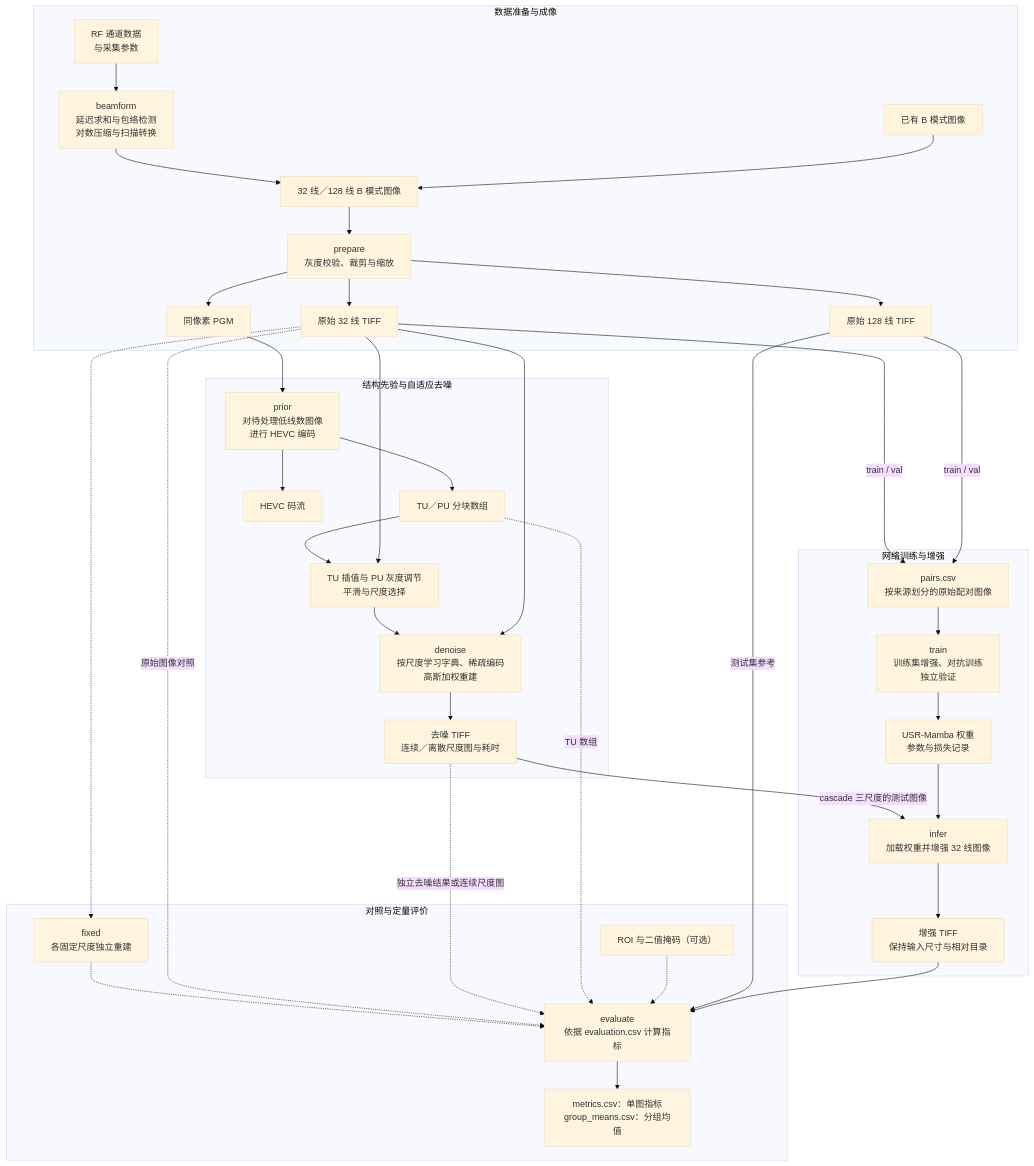
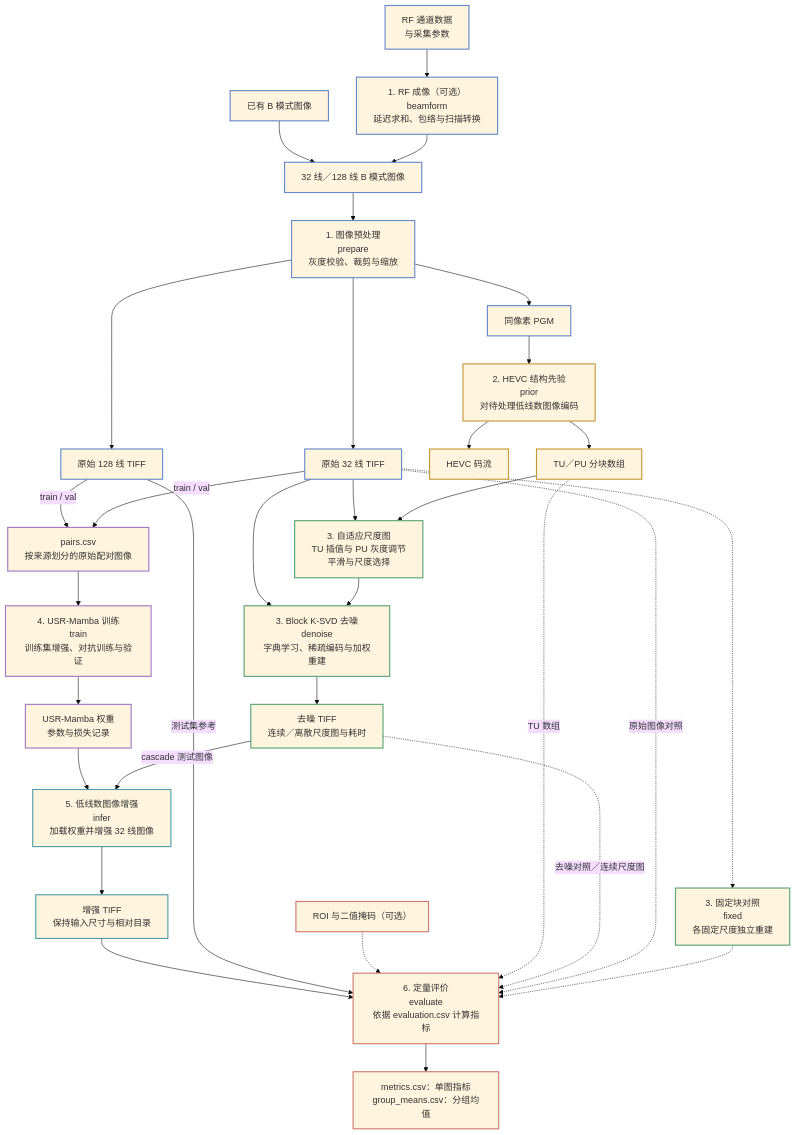
Before and after one commit to LumaVistaLab/hevc-ksvd-mamba-for-ultrasound: the first of 7 diagrams in README.md, drawn with Mermaid (base theme). The commit also changed other lines of this file and 1 other file, not shown here.

Commit message:
fix flowcharts

````diff
--- a/README.md
+++ b/README.md
@@ -11,45 +11,51 @@
 ```mermaid
 flowchart TD
-    subgraph data [数据准备与成像]
-        RF["RF 通道数据<br/>与采集参数"] --> BF["beamform<br/>延迟求和与包络检测<br/>对数压缩与扫描转换"]
-        BF --> BM["32 线／128 线 B 模式图像"]
-        Existing["已有 B 模式图像"] --> BM
-        BM --> Prep["prepare<br/>灰度校验、裁剪与缩放"]
-        Prep --> Low["原始 32 线 TIFF"]
-        Prep --> High["原始 128 线 TIFF"]
-        Prep --> PGM["同像素 PGM"]
-    end
+    %% 阶段标题放在普通节点中，避免跨子图连线穿过分组标题与边界。
+    RF["RF 通道数据<br/>与采集参数"] --> BF["1. RF 成像（可选）<br/>beamform<br/>延迟求和、包络与扫描转换"]
+    BF --> BM["32 线／128 线 B 模式图像"]
+    Existing["已有 B 模式图像"] --> BM
+    BM --> Prep["1. 图像预处理<br/>prepare<br/>灰度校验、裁剪与缩放"]
+    Prep --> Low["原始 32 线 TIFF"]
+    Prep --> High["原始 128 线 TIFF"]
+    Prep --> PGM["同像素 PGM"]
 
-    subgraph prior [结构先验与自适应去噪]
-        PGM --> HEVC["prior<br/>对待处理低线数图像<br/>进行 HEVC 编码"]
-        HEVC --> Stream["HEVC 码流"]
-        HEVC --> Blocks["TU／PU 分块数组"]
-        Blocks --> Maps["TU 插值与 PU 灰度调节<br/>平滑与尺度选择"]
-        Low --> Maps
-        Maps --> KSVD["denoise<br/>按尺度学习字典、稀疏编码<br/>高斯加权重建"]
-        Low --> KSVD
-        KSVD --> Denoised["去噪 TIFF<br/>连续／离散尺度图与耗时"]
-    end
+    PGM --> HEVC["2. HEVC 结构先验<br/>prior<br/>对待处理低线数图像编码"]
+    HEVC --> Stream["HEVC 码流"]
+    HEVC --> Blocks["TU／PU 分块数组"]
+    Blocks --> Maps["3. 自适应尺度图<br/>TU 插值与 PU 灰度调节<br/>平滑与尺度选择"]
+    Low --> Maps
+    Maps --> KSVD["3. Block K-SVD 去噪<br/>denoise<br/>字典学习、稀疏编码与加权重建"]
+    Low --> KSVD
+    KSVD --> Denoised["去噪 TIFF<br/>连续／离散尺度图与耗时"]
 
-    subgraph learning [网络训练与增强]
-        Low -->|train / val| Pairs["pairs.csv<br/>按来源划分的原始配对图像"]
-        High -->|train / val| Pairs
-        Pairs --> Train["train<br/>训练集增强、对抗训练<br/>独立验证"]
-        Train --> Weights["USR-Mamba 权重<br/>参数与损失记录"]
-        Denoised -->|cascade 三尺度的测试图像| Infer["infer<br/>加载权重并增强 32 线图像"]
-        Weights --> Infer
-        Infer --> Enhanced["增强 TIFF<br/>保持输入尺寸与相对目录"]
-    end
+    Low -->|train / val| Pairs["pairs.csv<br/>按来源划分的原始配对图像"]
+    High -->|train / val| Pairs
+    Pairs --> Train["4. USR-Mamba 训练<br/>train<br/>训练集增强、对抗训练与验证"]
+    Train --> Weights["USR-Mamba 权重<br/>参数与损失记录"]
+    Denoised -->|cascade 测试图像| Infer["5. 低线数图像增强<br/>infer<br/>加载权重并增强 32 线图像"]
+    Weights --> Infer
+    Infer --> Enhanced["增强 TIFF<br/>保持输入尺寸与相对目录"]
 
-    subgraph evaluation [对照与定量评价]
-        Low -.-> Fixed["fixed<br/>各固定尺度独立重建"]
-        Fixed -.-> Eval["evaluate<br/>依据 evaluation.csv 计算指标"]
-        Low -.->|原始图像对照| Eval
-        Denoised -.->|独立去噪结果或连续尺度图| Eval
-        Blocks -.->|TU 数组| Eval
-        Annotations["ROI 与二值掩码（可选）"] -.-> Eval
-        High -->|测试集参考| Eval
-        Enhanced --> Eval
-        Eval --> Reports["metrics.csv：单图指标<br/>group_means.csv：分组均值"]
-    end
+    Low -.-> Fixed["3. 固定块对照<br/>fixed<br/>各固定尺度独立重建"]
+    Fixed -.-> Eval["6. 定量评价<br/>evaluate<br/>依据 evaluation.csv 计算指标"]
+    Low -.->|原始图像对照| Eval
+    Denoised -.->|去噪对照／连续尺度图| Eval
+    Blocks -.->|TU 数组| Eval
+    Annotations["ROI 与二值掩码（可选）"] -.-> Eval
+    High -->|测试集参考| Eval
+    Enhanced --> Eval
+    Eval --> Reports["metrics.csv：单图指标<br/>group_means.csv：分组均值"]
+
+    classDef imaging stroke:#6688cc,stroke-width:2px;
+    classDef structure stroke:#c49a3a,stroke-width:2px;
+    classDef denoising stroke:#57a373,stroke-width:2px;
+    classDef training stroke:#a079c2,stroke-width:2px;
+    classDef inference stroke:#4c9eaa,stroke-width:2px;
+    classDef metrics stroke:#cf7a70,stroke-width:2px;
+    class RF,BF,BM,Existing,Prep,Low,High,PGM imaging;
+    class HEVC,Stream,Blocks structure;
+    class Maps,KSVD,Denoised,Fixed denoising;
+    class Pairs,Train,Weights training;
+    class Infer,Enhanced inference;
+    class Annotations,Eval,Reports metrics;
 ```
````
